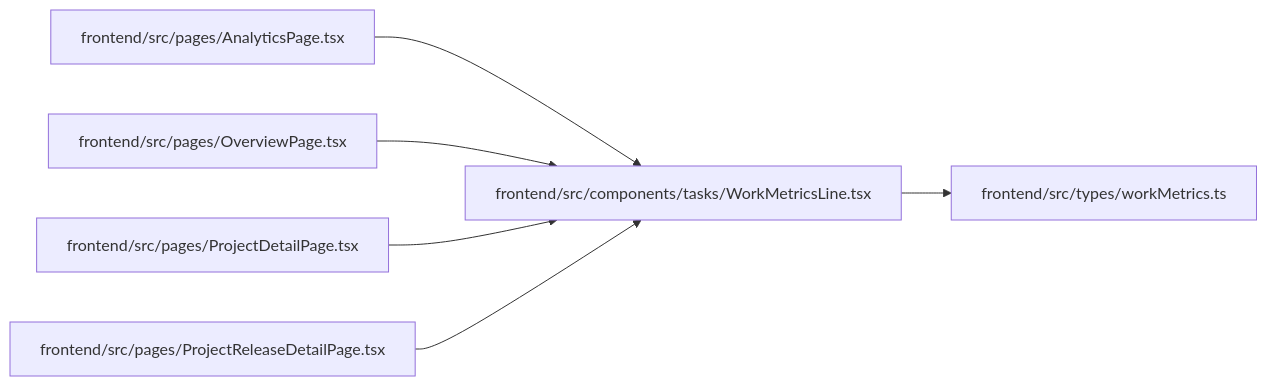
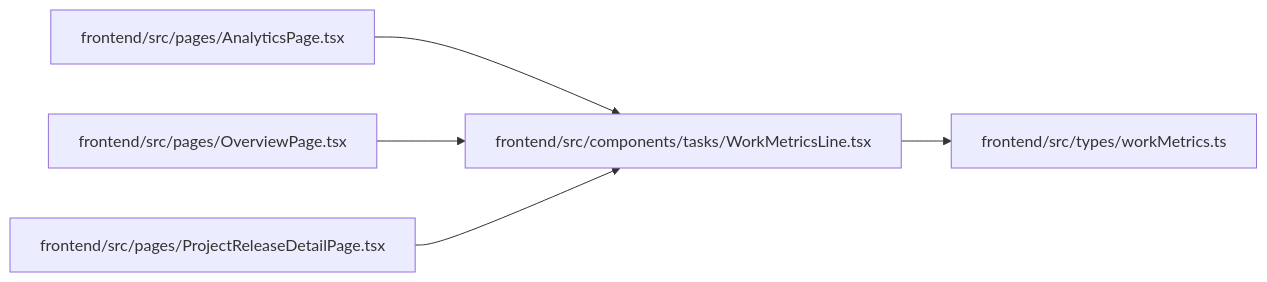
One commit to Denissvgn/WorkChord changed the diagram in docs/llm_wiki/modules/WorkMetricsLine.md. Above: the diagram before and after it, drawn with Mermaid. The commit also changed other lines of this file and 268 other files, not shown here.

Commit message:
docs(wiki): refresh for the project page changes

````diff
--- a/docs/llm_wiki/modules/WorkMetricsLine.md
+++ b/docs/llm_wiki/modules/WorkMetricsLine.md
@@ -27,20 +27,17 @@
 ```mermaid
 flowchart LR
     n0["frontend/src/components/tasks/WorkMetricsLine.tsx"]
     n1["frontend/src/pages/AnalyticsPage.tsx"]
     n2["frontend/src/pages/OverviewPage.tsx"]
-    n3["frontend/src/pages/ProjectDetailPage.tsx"]
-    n4["frontend/src/pages/ProjectReleaseDetailPage.tsx"]
-    n5["frontend/src/types/workMetrics.ts"]
-    n0 --> n5
+    n3["frontend/src/pages/ProjectReleaseDetailPage.tsx"]
+    n4["frontend/src/types/workMetrics.ts"]
+    n0 --> n4
     n1 --> n0
     n2 --> n0
     n3 --> n0
-    n4 --> n0
     click n0 "../modules/WorkMetricsLine.md"
     click n1 "../modules/AnalyticsPage.md"
     click n2 "../modules/OverviewPage.md"
-    click n3 "../modules/ProjectDetailPage.md"
-    click n4 "../modules/ProjectReleaseDetailPage.md"
-    click n5 "../modules/workMetrics.md"
+    click n3 "../modules/ProjectReleaseDetailPage.md"
+    click n4 "../modules/workMetrics.md"
 ```
````
